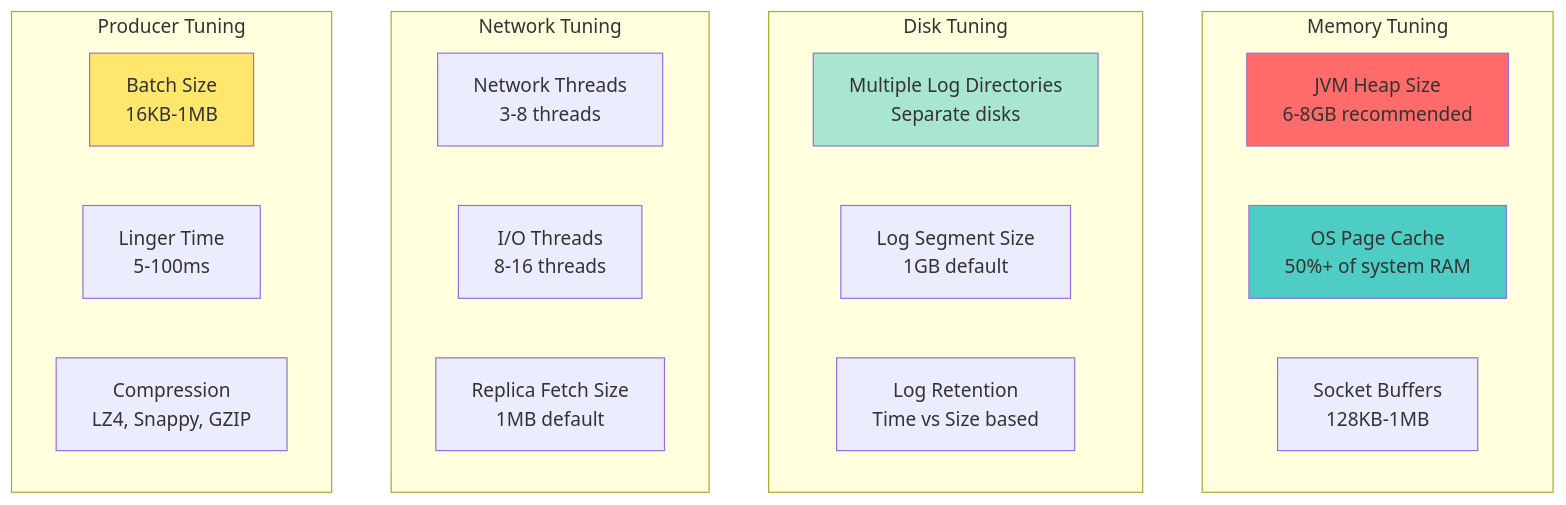
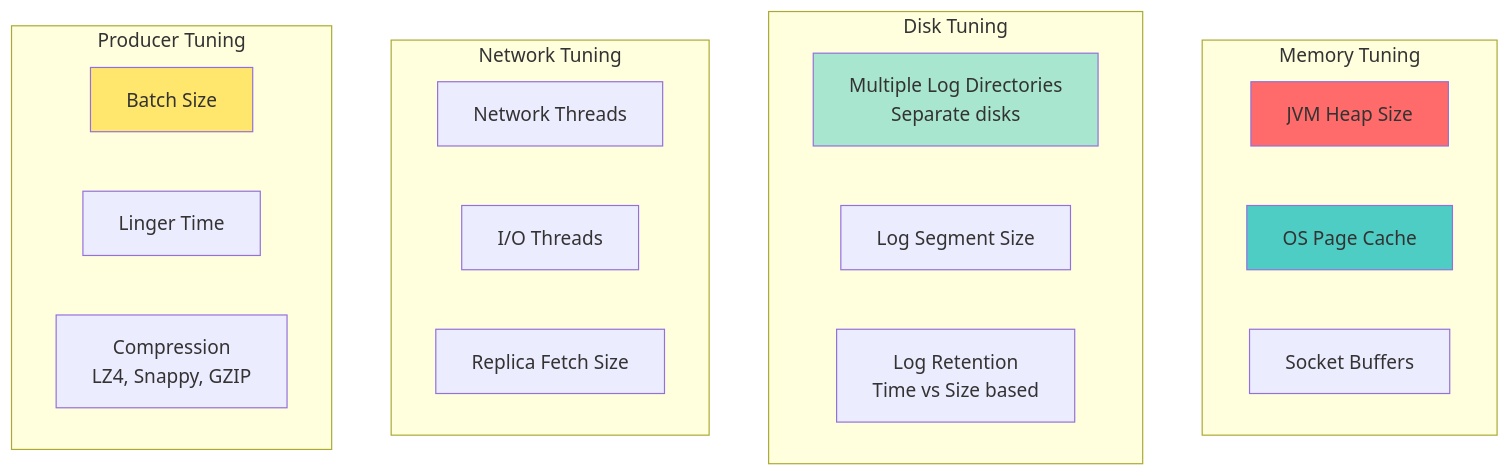
The sixth of 7 diagrams in class/workshop/lesson_20/README.md (vorrawut/KafkaStarter), drawn with Mermaid before and after one commit. The commit also changed 140 other files, not shown here.

````diff
--- a/class/workshop/lesson_20/README.md
+++ b/class/workshop/lesson_20/README.md
@@ -252,31 +252,31 @@
 ```mermaid
 graph TB
     subgraph "Memory Tuning"
-        HEAP[JVM Heap Size<br/>6-8GB recommended]
-        PAGE_CACHE[OS Page Cache<br/>50%+ of system RAM]
-        SOCKET_BUFFER[Socket Buffers<br/>128KB-1MB]
+        HEAP[JVM Heap Size<br/&gt;6-8GB recommended]
+        PAGE_CACHE[OS Page Cache<br/&gt;50%+ of system RAM]
+        SOCKET_BUFFER[Socket Buffers<br/&gt;128KB-1MB]
     end
     
     subgraph "Disk Tuning"
         LOG_DIRS[Multiple Log Directories<br/>Separate disks]
-        LOG_SEGMENT[Log Segment Size<br/>1GB default]
+        LOG_SEGMENT[Log Segment Size<br/&gt;1GB default]
         LOG_RETENTION[Log Retention<br/>Time vs Size based]
     end
     
     subgraph "Network Tuning"
-        NUM_NETWORK[Network Threads<br/>3-8 threads]
-        NUM_IO[I/O Threads<br/>8-16 threads]
-        REPLICA_FETCH[Replica Fetch Size<br/>1MB default]
+        NUM_NETWORK[Network Threads<br/&gt;3-8 threads]
+        NUM_IO[I/O Threads<br/&gt;8-16 threads]
+        REPLICA_FETCH[Replica Fetch Size<br/&gt;1MB default]
     end
     
     subgraph "Producer Tuning"
-        BATCH_SIZE[Batch Size<br/>16KB-1MB]
-        LINGER_MS[Linger Time<br/>5-100ms]
+        BATCH_SIZE[Batch Size<br/&gt;16KB-1MB]
+        LINGER_MS[Linger Time<br/&gt;5-100ms]
         COMPRESSION[Compression<br/>LZ4, Snappy, GZIP]
     end
     
     style HEAP fill:#ff6b6b
     style PAGE_CACHE fill:#4ecdc4
     style LOG_DIRS fill:#a8e6cf
     style BATCH_SIZE fill:#ffe66d
 ```
````
